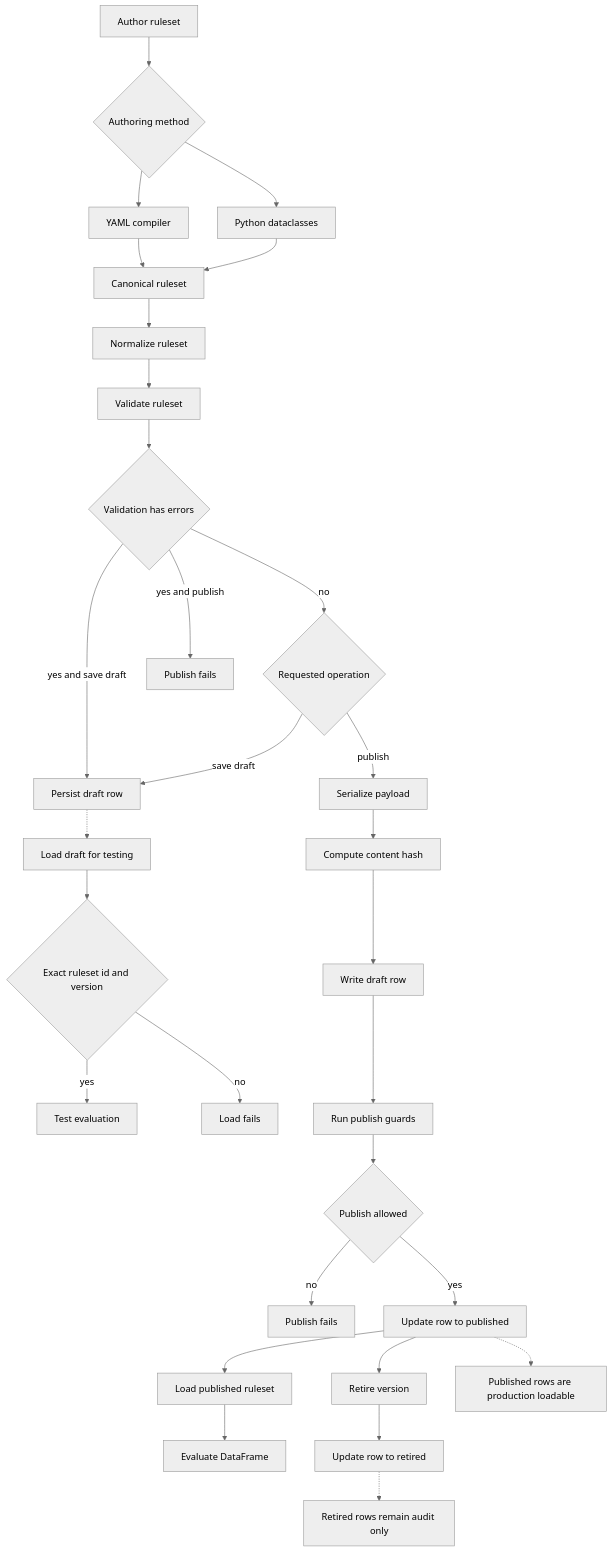
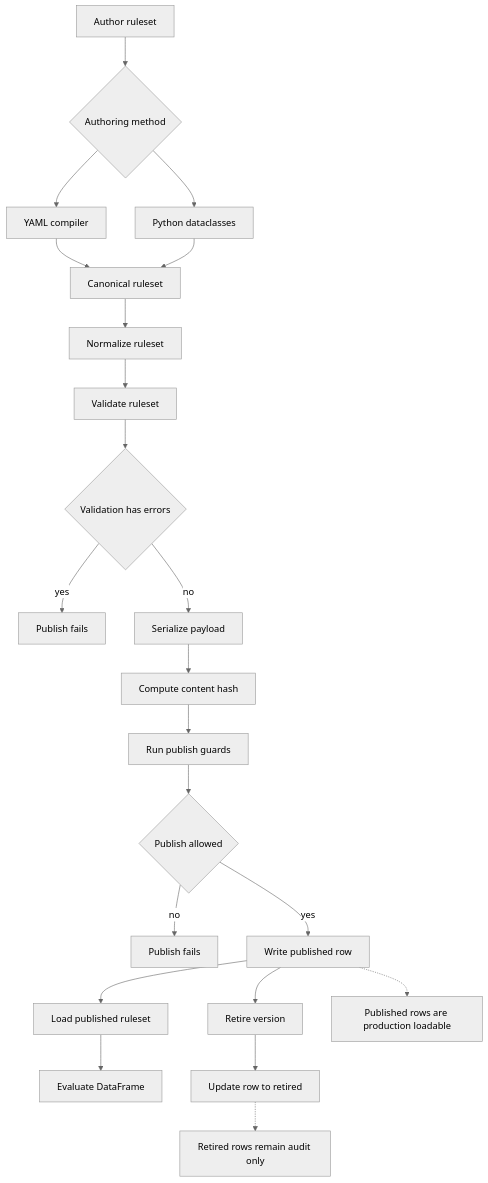
Before and after one commit to arbaizam/rules_engine: the first of 3 diagrams in README.md, drawn with Mermaid (neutral theme). The commit also changed other lines of this file and 36 other files, not shown here.

````diff
--- a/README.md
+++ b/README.md
@@ -1184,32 +1065,24 @@
 ```mermaid
 flowchart TD
     A[Author ruleset] --> B{Authoring method}
     B --> C[YAML compiler]
     B --> D[Python dataclasses]
     C --> E[Canonical ruleset]
     D --> E
     E --> F[Normalize ruleset]
     F --> G[Validate ruleset]
     G --> H{Validation has errors}
-    H -->|yes and save draft| I[Persist draft row]
-    H -->|yes and publish| J[Publish fails]
-    H -->|no| K{Requested operation}
-    K -->|save draft| I
-    K -->|publish| L[Serialize payload]
-    L --> M[Compute content hash]
-    M --> N[Write draft row]
-    N --> O[Run publish guards]
-    O --> P{Publish allowed}
-    P -->|no| Q[Publish fails]
-    P -->|yes| R[Update row to published]
-    R --> S[Load published ruleset]
-    S --> T[Evaluate DataFrame]
-    R --> U[Retire version]
-    U --> V[Update row to retired]
-    I -.-> W[Load draft for testing]
-    W --> W1{Exact ruleset id and version}
-    W1 -->|yes| W2[Test evaluation]
-    W1 -->|no| W3[Load fails]
-    R -.-> X[Published rows are production loadable]
-    V -.-> Y[Retired rows remain audit only]
+    H -->|yes| I[Publish fails]
+    H -->|no| J[Serialize payload]
+    J --> K[Compute content hash]
+    K --> L[Run publish guards]
+    L --> M{Publish allowed}
+    M -->|no| N[Publish fails]
+    M -->|yes| O[Write published row]
+    O --> P[Load published ruleset]
+    P --> Q[Evaluate DataFrame]
+    O --> R[Retire version]
+    R --> S[Update row to retired]
+    O -.-> T[Published rows are production loadable]
+    S -.-> U[Retired rows remain audit only]
 ```
````
